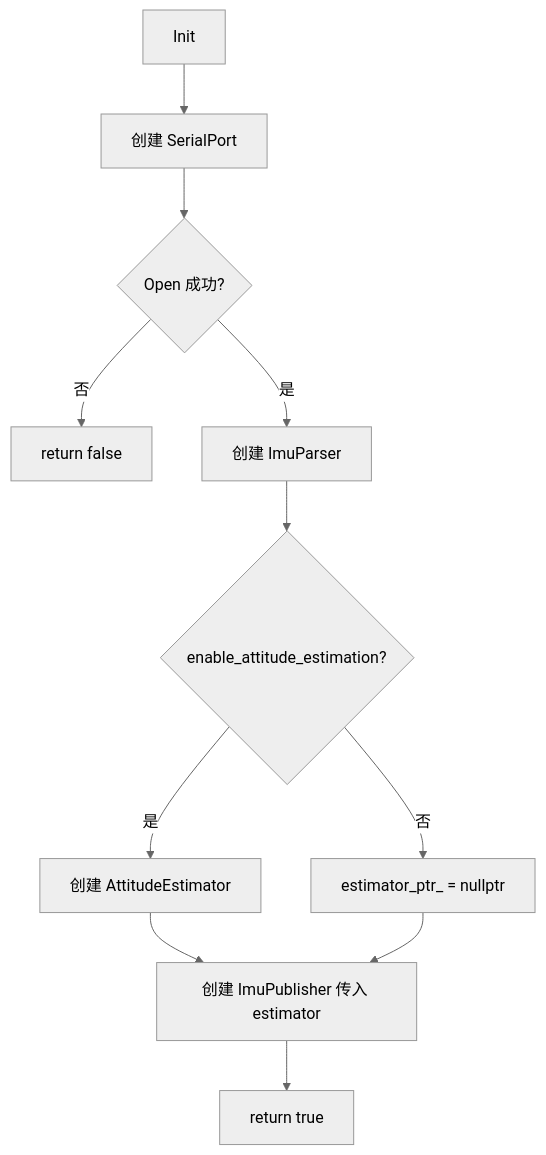
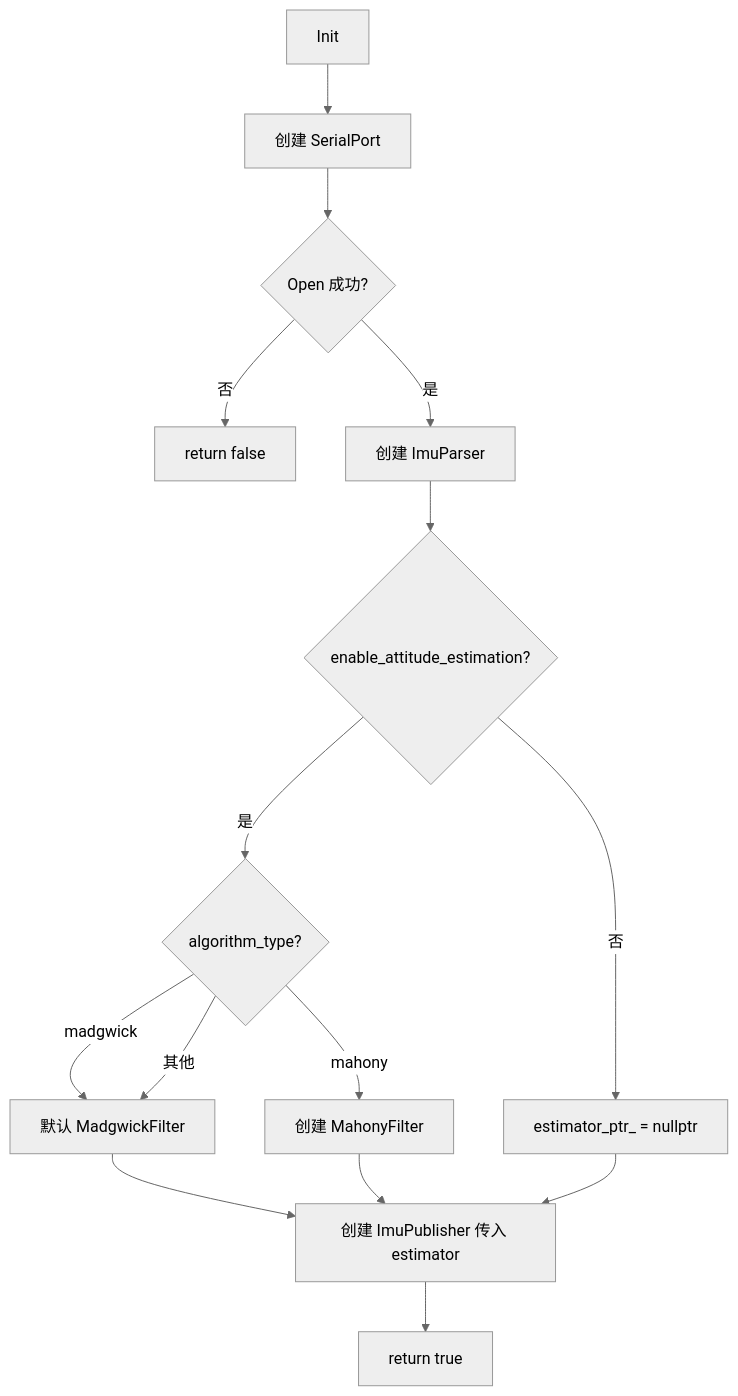
Before and after one commit to RichExplor/imu_driver_ros: the seventh of 10 diagrams in plans/architecture_design.md, drawn with Mermaid (neutral theme). The commit also changed other lines of this file, not shown here.

````diff
--- a/plans/architecture_design.md
+++ b/plans/architecture_design.md
@@ -358,13 +360,17 @@
 ```mermaid
 flowchart TD
     A[Init] --> B[创建 SerialPort]
     B --> C{Open 成功?}
     C -- 否 --> D[return false]
     C -- 是 --> E[创建 ImuParser]
     E --> F{enable_attitude_estimation?}
-    F -- 是 --> G[创建 AttitudeEstimator]
-    G --> H[创建 ImuPublisher 传入 estimator]
-    F -- 否 --> I[estimator_ptr_ = nullptr]
-    I --> H
-    H --> J[return true]
+    F -- 是 --> G{algorithm_type?}
+    G -- madgwick --> H[创建 MadgwickFilter]
+    G -- mahony --> I[创建 MahonyFilter]
+    G -- 其他 --> H[默认 MadgwickFilter]
+    F -- 否 --> J[estimator_ptr_ = nullptr]
+    H --> K[创建 ImuPublisher 传入 estimator]
+    I --> K
+    J --> K
+    K --> L[return true]
 ```
````
